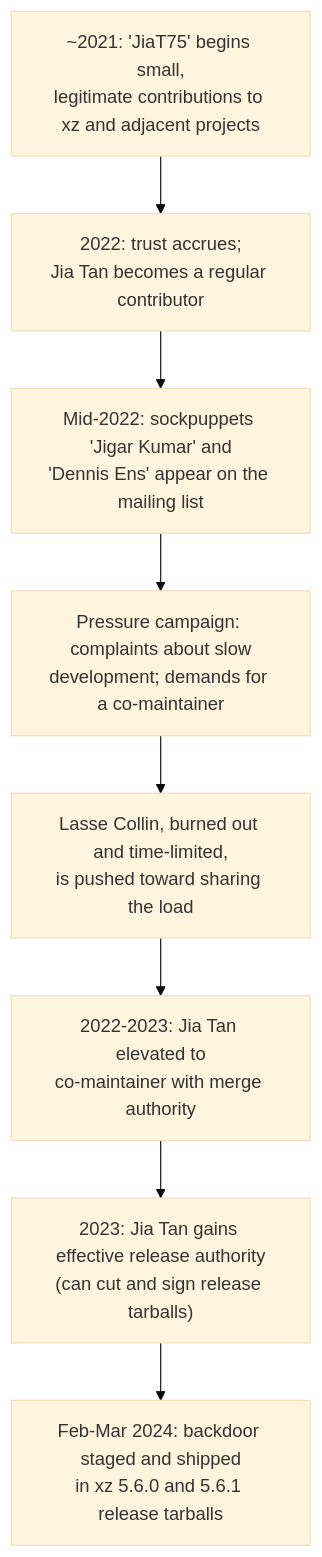
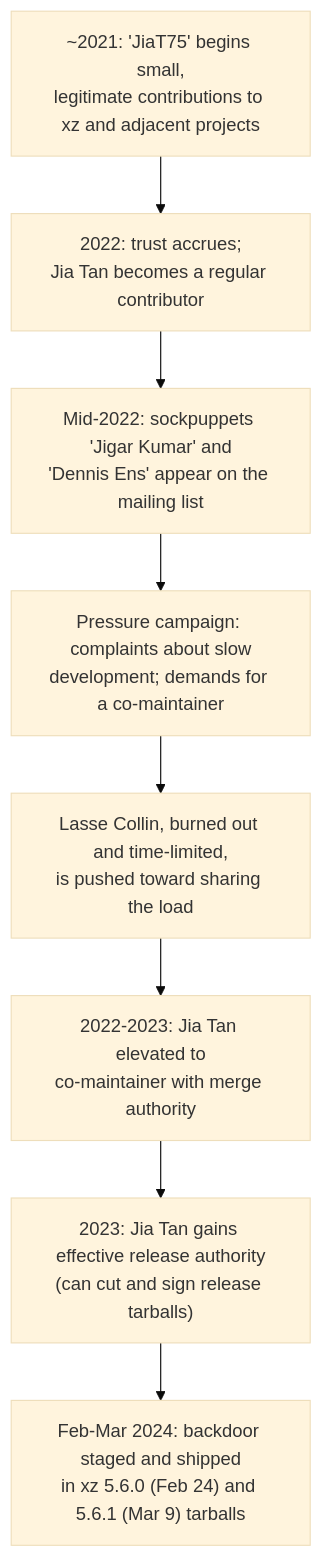
The first of 5 diagrams in book-01-foundations/ch05-case-studies-xz-codecov-log4shell.md (bumbsclaw/textbooks), drawn with Mermaid (base theme) before and after one commit. The commit also changed other lines of this file and 2 other files, not shown here.

````diff
--- a/book-01-foundations/ch05-case-studies-xz-codecov-log4shell.md
+++ b/book-01-foundations/ch05-case-studies-xz-codecov-log4shell.md
@@ -126,10 +126,10 @@
 ```mermaid
 flowchart TD
     A["~2021: 'JiaT75' begins small,<br/>legitimate contributions to xz and adjacent projects"] --> B["2022: trust accrues;<br/>Jia Tan becomes a regular contributor"]
     B --> C["Mid-2022: sockpuppets 'Jigar Kumar' and<br/>'Dennis Ens' appear on the mailing list"]
     C --> D["Pressure campaign: complaints about slow<br/>development; demands for a co-maintainer"]
     D --> E["Lasse Collin, burned out and time-limited,<br/>is pushed toward sharing the load"]
     E --> F["2022-2023: Jia Tan elevated to<br/>co-maintainer with merge authority"]
     F --> G["2023: Jia Tan gains effective release authority<br/>(can cut and sign release tarballs)"]
-    G --> H["Feb-Mar 2024: backdoor staged and shipped<br/>in xz 5.6.0 and 5.6.1 release tarballs"]
+    G --> H["Feb-Mar 2024: backdoor staged and shipped<br/>in xz 5.6.0 (Feb 24) and 5.6.1 (Mar 9) tarballs"]
 ```
````
